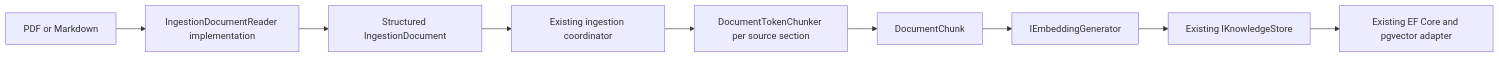
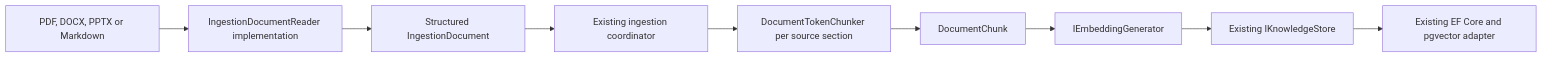
The diagram in docs/rag-data-ingestion-spike.md (LautaroO/maf-playground), drawn with Mermaid before and after one commit. The commit also changed other lines of this file and 11 other files, not shown here.

Commit message:
Add docx and pptx support

````diff
--- a/docs/rag-data-ingestion-spike.md
+++ b/docs/rag-data-ingestion-spike.md
@@ -24,11 +28,11 @@
 ```mermaid
 flowchart LR
-    Source[PDF or Markdown] --> Reader[IngestionDocumentReader implementation]
+    Source[PDF, DOCX, PPTX or Markdown] --> Reader[IngestionDocumentReader implementation]
     Reader --> Document[Structured IngestionDocument]
     Document --> Coordinator[Existing ingestion coordinator]
     Coordinator --> Chunker[DocumentTokenChunker per source section]
     Chunker --> ExistingChunks[DocumentChunk]
     ExistingChunks --> Embeddings[IEmbeddingGenerator]
     Embeddings --> Store[Existing IKnowledgeStore]
     Store --> EfCore[Existing EF Core and pgvector adapter]
 ```
````
